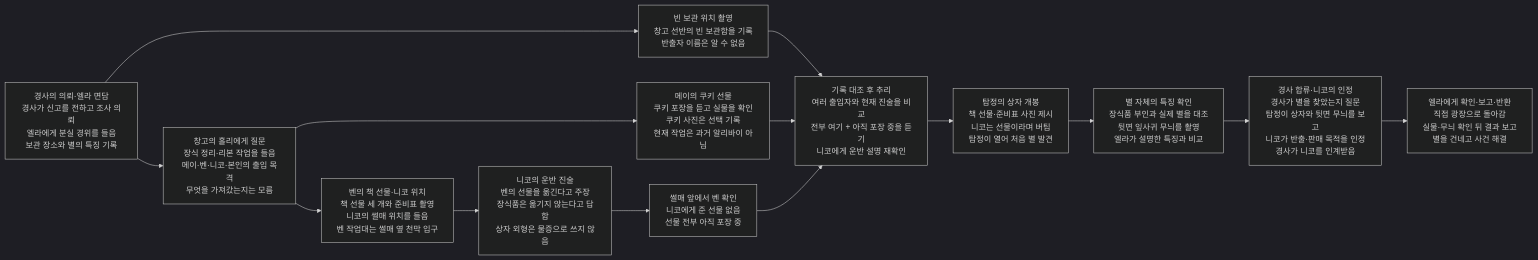
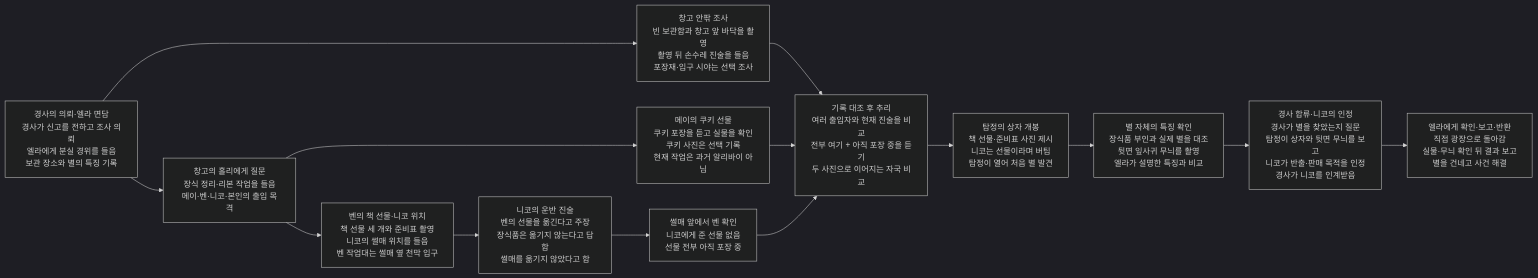
One commit to wonny95/detective-v2 changed the second of 2 diagrams in design/case-10-christmas-star.md. Above: the diagram before and after it, drawn with Mermaid (dark theme). The commit also changed other lines of this file and 6 other files, not shown here.

````diff
--- a/design/case-10-christmas-star.md
+++ b/design/case-10-christmas-star.md
@@ -47,28 +47,28 @@
 ```mermaid
 flowchart LR
     s1["경사의 의뢰·엘라 면담<br/>경사가 신고를 전하고 조사 의뢰<br/>엘라에게 분실 경위를 들음<br/>보관 장소와 별의 특징 기록"]
-    s2["창고의 홀리에게 질문<br/>장식 정리·리본 작업을 들음<br/>메이·벤·니코·본인의 출입 목격<br/>무엇을 가져갔는지는 모름"]
-    s3["빈 보관 위치 촬영<br/>창고 선반의 빈 보관함을 기록<br/>반출자 이름은 알 수 없음"]
+    s2["창고의 홀리에게 질문<br/>장식 정리·리본 작업을 들음<br/>메이·벤·니코·본인의 출입 목격"]
+    s3["창고 안팎 조사<br/>빈 보관함과 창고 앞 바닥을 촬영<br/>촬영 뒤 손수레 진술을 들음<br/>포장재·입구 시야는 선택 조사"]
     s4["메이의 쿠키 선물<br/>쿠키 포장을 듣고 실물을 확인<br/>쿠키 사진은 선택 기록<br/>현재 작업은 과거 알리바이 아님"]
     s5["벤의 책 선물·니코 위치<br/>책 선물 세 개와 준비표 촬영<br/>니코의 썰매 위치를 들음<br/>벤 작업대는 썰매 옆 천막 입구"]
-    s6["니코의 운반 진술<br/>벤의 선물을 옮긴다고 주장<br/>장식품은 옮기지 않는다고 답함<br/>상자 외형은 물증으로 쓰지 않음"]
+    s6["니코의 운반 진술<br/>벤의 선물을 옮긴다고 주장<br/>장식품은 옮기지 않는다고 답함<br/>썰매를 옮기지 않았다고 함"]
     s7["썰매 앞에서 벤 확인<br/>니코에게 준 선물 없음<br/>선물 전부 아직 포장 중"]
-    s8["기록 대조 후 추리<br/>여러 출입자와 현재 진술을 비교<br/>전부 여기 + 아직 포장 중을 듣기<br/>니코에게 운반 설명 재확인"]
+    s8["기록 대조 후 추리<br/>여러 출입자와 현재 진술을 비교<br/>전부 여기 + 아직 포장 중을 듣기<br/>두 사진으로 이어지는 자국 비교"]
     s9["탐정의 상자 개봉<br/>책 선물·준비표 사진 제시<br/>니코는 선물이라며 버팀<br/>탐정이 열어 처음 별 발견"]
     s10["별 자체의 특징 확인<br/>장식품 부인과 실제 별을 대조<br/>뒷면 잎사귀 무늬를 촬영<br/>엘라가 설명한 특징과 비교"]
     s11["경사 합류·니코의 인정<br/>경사가 별을 찾았는지 질문<br/>탐정이 상자와 뒷면 무늬를 보고<br/>니코가 반출·판매 목적을 인정<br/>경사가 니코를 인계받음"]
     s12["엘라에게 확인·보고·반환<br/>직접 광장으로 돌아감<br/>실물·무늬 확인 뒤 결과 보고<br/>별을 건네고 사건 해결"]
     s1 --> s2
     s1 --> s3
     s2 --> s4
     s2 --> s5
     s3 --> s8
     s4 --> s8
     s5 --> s6
     s6 --> s7
     s7 --> s8
     s8 --> s9
     s9 --> s10
     s10 --> s11
     s11 --> s12
 ```
````
